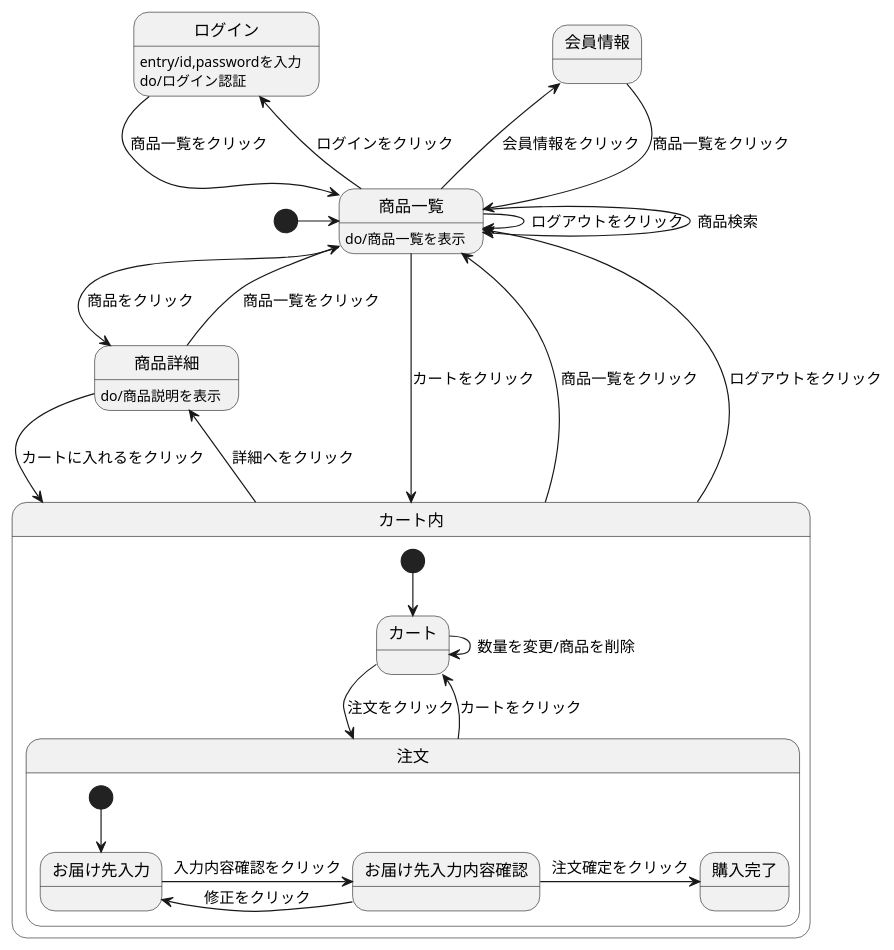
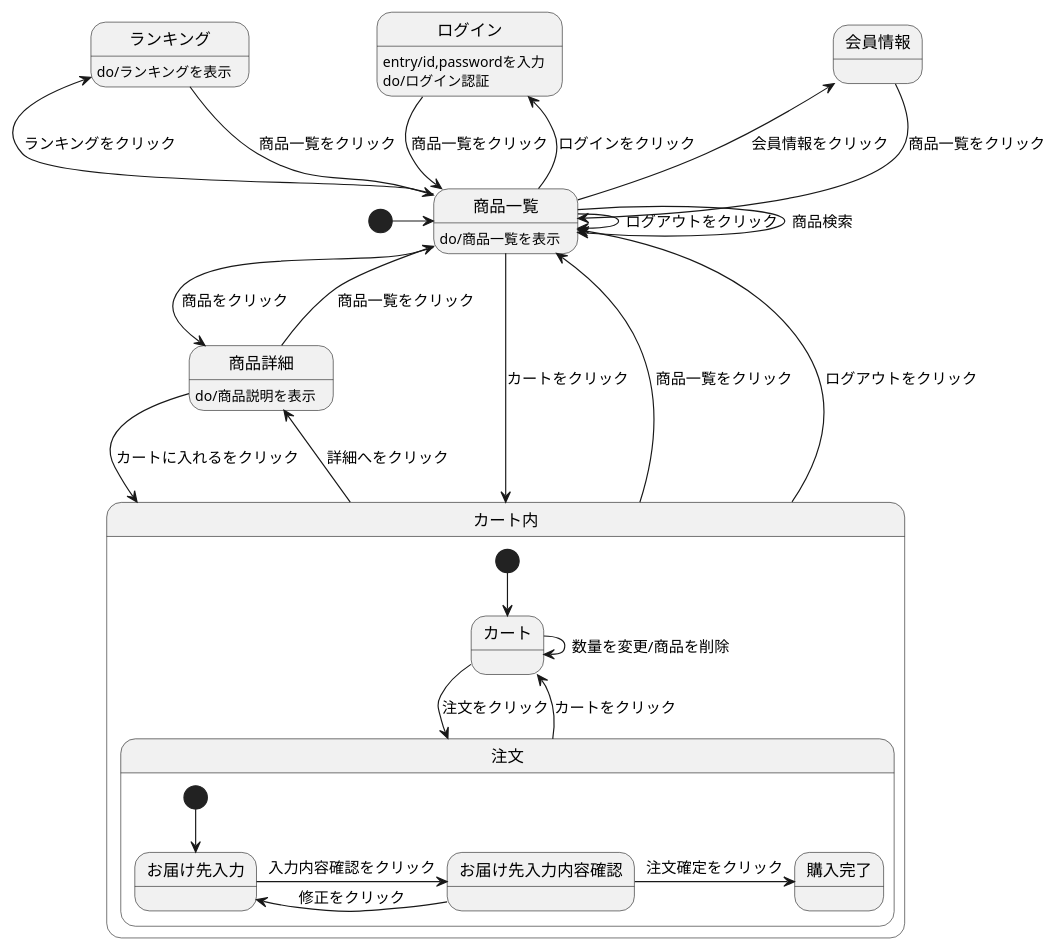
The diagram in mygse.md (Aso2001160/2021sys-design), drawn with PlantUML before and after one commit.

````diff
--- a/mygse.md
+++ b/mygse.md
@@ -1,35 +1,38 @@
 ```uml
 @startuml
 [*] -> 商品一覧
 会員情報-->商品一覧 :商品一覧をクリック
 ログイン-->商品一覧 :商品一覧をクリック
 ログイン:entry/id,passwordを入力
 ログイン:do/ログイン認証
 商品一覧 --> 商品一覧 :ログアウトをクリック
 商品一覧-->商品一覧 :商品検索
 商品一覧->商品詳細 :商品をクリック
 商品一覧 -left-> 会員情報 :会員情報をクリック
 商品一覧 -up-> ログイン :ログインをクリック
+商品一覧 -up-> ランキング :ランキングをクリック
 商品一覧 -->カート内 :カートをクリック
 商品一覧:do/商品一覧を表示
+ランキング-->商品一覧 :商品一覧をクリック
+ランキング:do/ランキングを表示
 商品詳細-->カート内 :カートに入れるをクリック
 商品詳細-->商品一覧 :商品一覧をクリック
 商品詳細:do/商品説明を表示
 カート内 -up-> 商品一覧 :商品一覧をクリック
 カート内 -up-> 商品一覧 :ログアウトをクリック
 カート内->商品詳細 :詳細へをクリック
 
 state カート内{
 [*]-->カート
 カート->注文 :注文をクリック
 カート->カート :数量を変更/商品を削除
 注文-->カート :カートをクリック
   state 注文{
   [*]-->お届け先入力
   お届け先入力->お届け先入力内容確認 :入力内容確認をクリック
   お届け先入力内容確認->お届け先入力 :修正をクリック
   お届け先入力内容確認->購入完了 :注文確定をクリック
   }
 }
 @enduml
 ```
````
